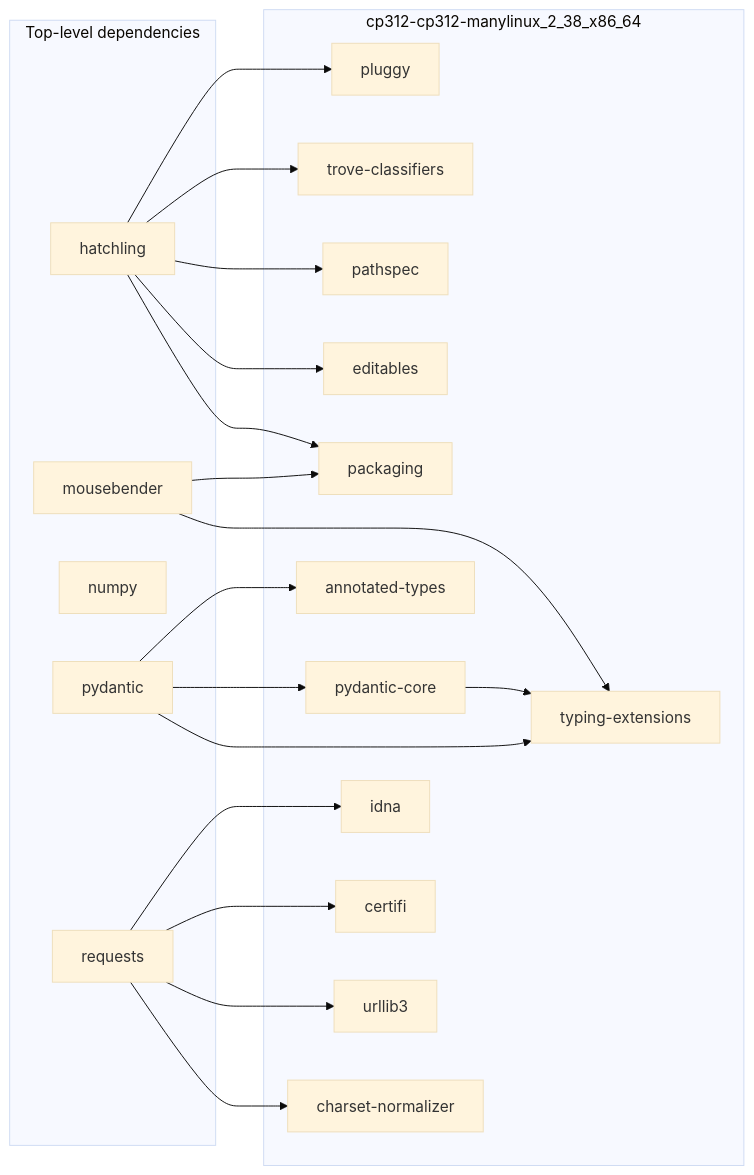
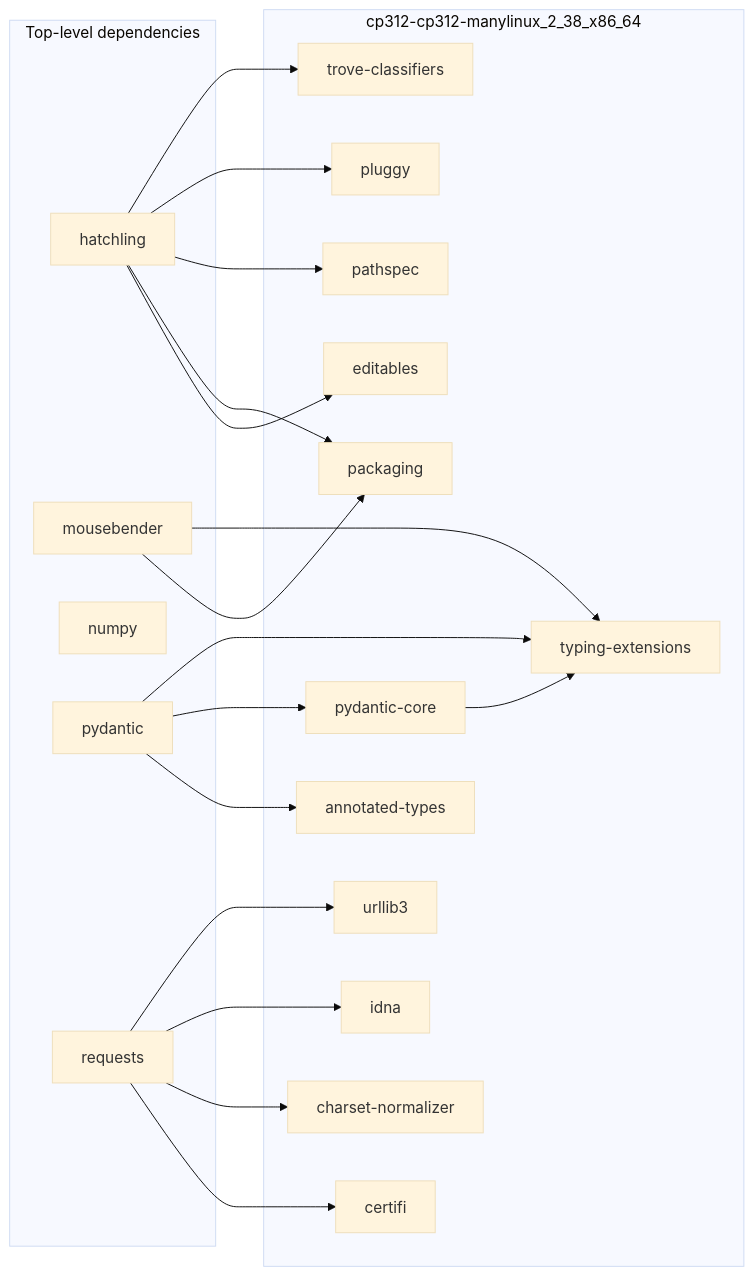
One commit to brettcannon/mousebender changed the diagram in pylock.graph-example.md. Above: the diagram before and after it, drawn with Mermaid (base theme). The commit also changed other lines of this file and 1 other file, not shown here.

Commit message:
Sort graph outputs for stability

````diff
--- a/pylock.graph-example.md
+++ b/pylock.graph-example.md
@@ -1,44 +1,44 @@
 ```mermaid
 graph LR
   subgraph top [Top-level dependencies]
     hatchling
     mousebender
     numpy
     pydantic
     requests
   end
   subgraph cp312-cp312-manylinux_2_38_x86_64
     annotated-types
     certifi
     charset-normalizer
     editables
     hatchling
     packaging
     pathspec
     pluggy
     trove-classifiers
     idna
     mousebender
     typing-extensions
     numpy
     pydantic
     pydantic-core
     requests
     urllib3
+    hatchling --> editables
+    hatchling --> packaging
+    hatchling --> pathspec
     hatchling --> pluggy
     hatchling --> trove-classifiers
-    hatchling --> pathspec
-    hatchling --> editables
-    hatchling --> packaging
     mousebender --> packaging
     mousebender --> typing-extensions
     pydantic --> annotated-types
     pydantic --> pydantic-core
     pydantic --> typing-extensions
     pydantic-core --> typing-extensions
+    requests --> certifi
+    requests --> charset-normalizer
     requests --> idna
-    requests --> certifi
     requests --> urllib3
-    requests --> charset-normalizer
   end
 ```
````
